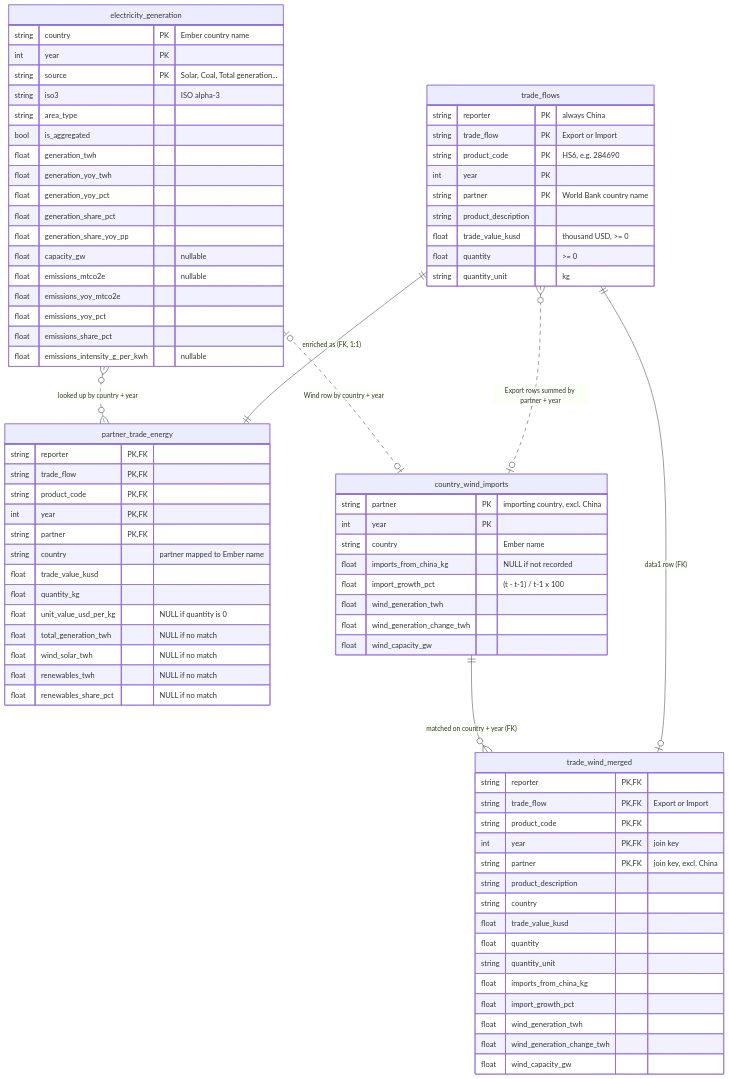
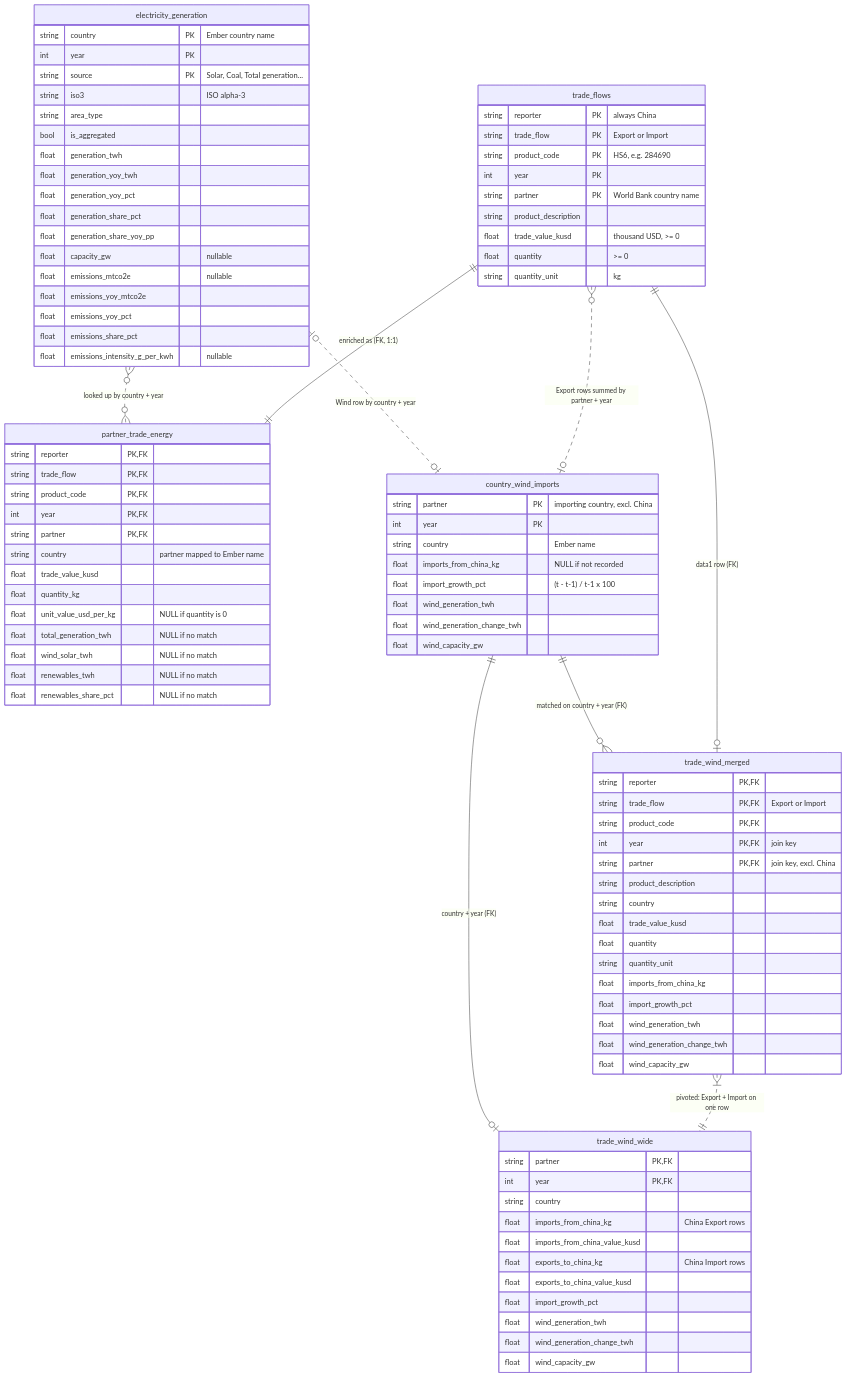
One commit to bolorbud-gif/business-analytics-portfolio changed the diagram in docs/ERD.md. Above: the diagram before and after it, drawn with Mermaid. The commit also changed other lines of this file and 10 other files, not shown here.

First line of the commit message:
Add trade_wind_wide: Export and Import side by side, one sheet

````diff
--- a/docs/ERD.md
+++ b/docs/ERD.md
@@ -13,6 +13,8 @@
     electricity_generation |o..o| country_wind_imports : "Wind row by country + year"
     trade_flows ||--o| trade_wind_merged : "data1 row (FK)"
     country_wind_imports ||--o{ trade_wind_merged : "matched on country + year (FK)"
+    trade_wind_merged }|..|| trade_wind_wide : "pivoted: Export + Import on one row"
+    country_wind_imports ||--o| trade_wind_wide : "country + year (FK)"
 
     trade_flows {
         string reporter PK "always China"
@@ -90,4 +92,18 @@
         float wind_generation_change_twh
         float wind_capacity_gw
     }
+
+    trade_wind_wide {
+        string partner PK, FK
+        int year PK, FK
+        string country
+        float imports_from_china_kg "China Export rows"
+        float imports_from_china_value_kusd
+        float exports_to_china_kg "China Import rows"
+        float exports_to_china_value_kusd
+        float import_growth_pct
+        float wind_generation_twh
+        float wind_generation_change_twh
+        float wind_capacity_gw
+    }
 ```
````
